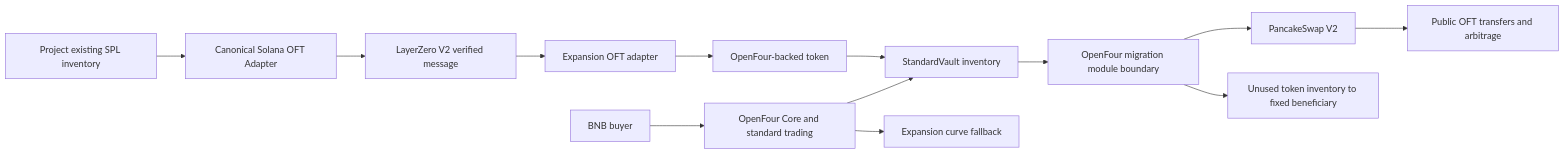
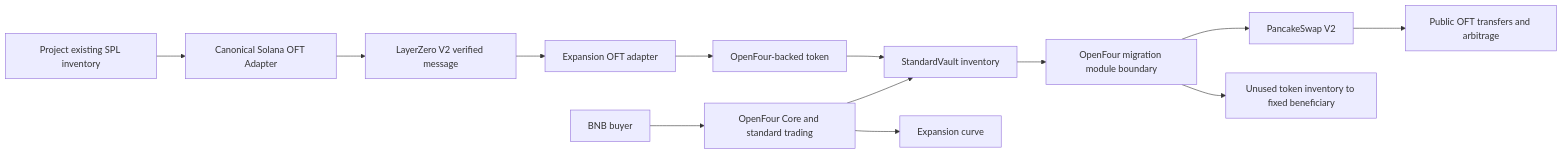
The diagram in docs/ARCHITECTURE.md (kellz11/crosschain-expansion-openfour), drawn with Mermaid before and after one commit. The commit also changed other lines of this file and 140 other files, not shown here.

````diff
--- a/docs/ARCHITECTURE.md
+++ b/docs/ARCHITECTURE.md
@@ -3,15 +3,15 @@
 ```mermaid
 flowchart LR
     P[Project existing SPL inventory] --> S[Canonical Solana OFT Adapter]
     S --> E[LayerZero V2 verified message]
     E --> B[Expansion OFT adapter]
     B --> T[OpenFour-backed token]
     T --> V[StandardVault inventory]
     U[BNB buyer] --> C[OpenFour Core and standard trading]
     C --> V
-    C --> Q[Expansion curve fallback]
+    C --> Q[Expansion curve]
     V --> M[OpenFour migration module boundary]
     M --> D[PancakeSwap V2]
     M --> R[Unused token inventory to fixed beneficiary]
     D --> A[Public OFT transfers and arbitrage]
 ```
````
